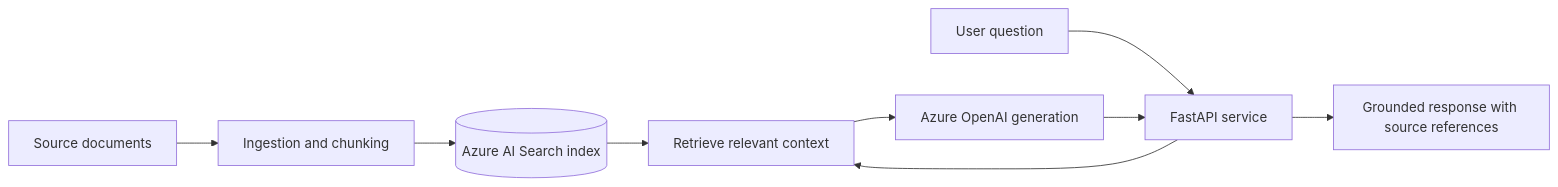
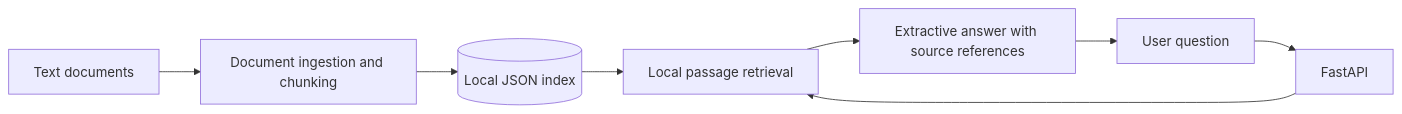
The diagram in README.md (brovy23-GD/azure-rag-demo), drawn with Mermaid before and after one commit. The commit also changed other lines of this file, not shown here.

Commit message:
Document working Azure RAG demo and local setup

````diff
--- a/README.md
+++ b/README.md
@@ -16,11 +38,10 @@
 ```mermaid
 flowchart LR
-  DOC[Source documents] --> INGEST[Ingestion and chunking]
-  INGEST --> INDEX[(Azure AI Search index)]
-  USER[User question] --> API[FastAPI service]
-  API --> RETRIEVE[Retrieve relevant context]
-  INDEX --> RETRIEVE
-  RETRIEVE --> MODEL[Azure OpenAI generation]
-  MODEL --> API
-  API --> ANSWER[Grounded response with source references]
+    DOC[Text documents] --> INGEST[Document ingestion and chunking]
+    INGEST --> INDEX[(Local JSON index)]
+    USER[User question] --> API[FastAPI]
+    API --> RETRIEVE[Local passage retrieval]
+    INDEX --> RETRIEVE
+    RETRIEVE --> RESPONSE[Extractive answer with source references]
+    RESPONSE --> USER
 ```
````
